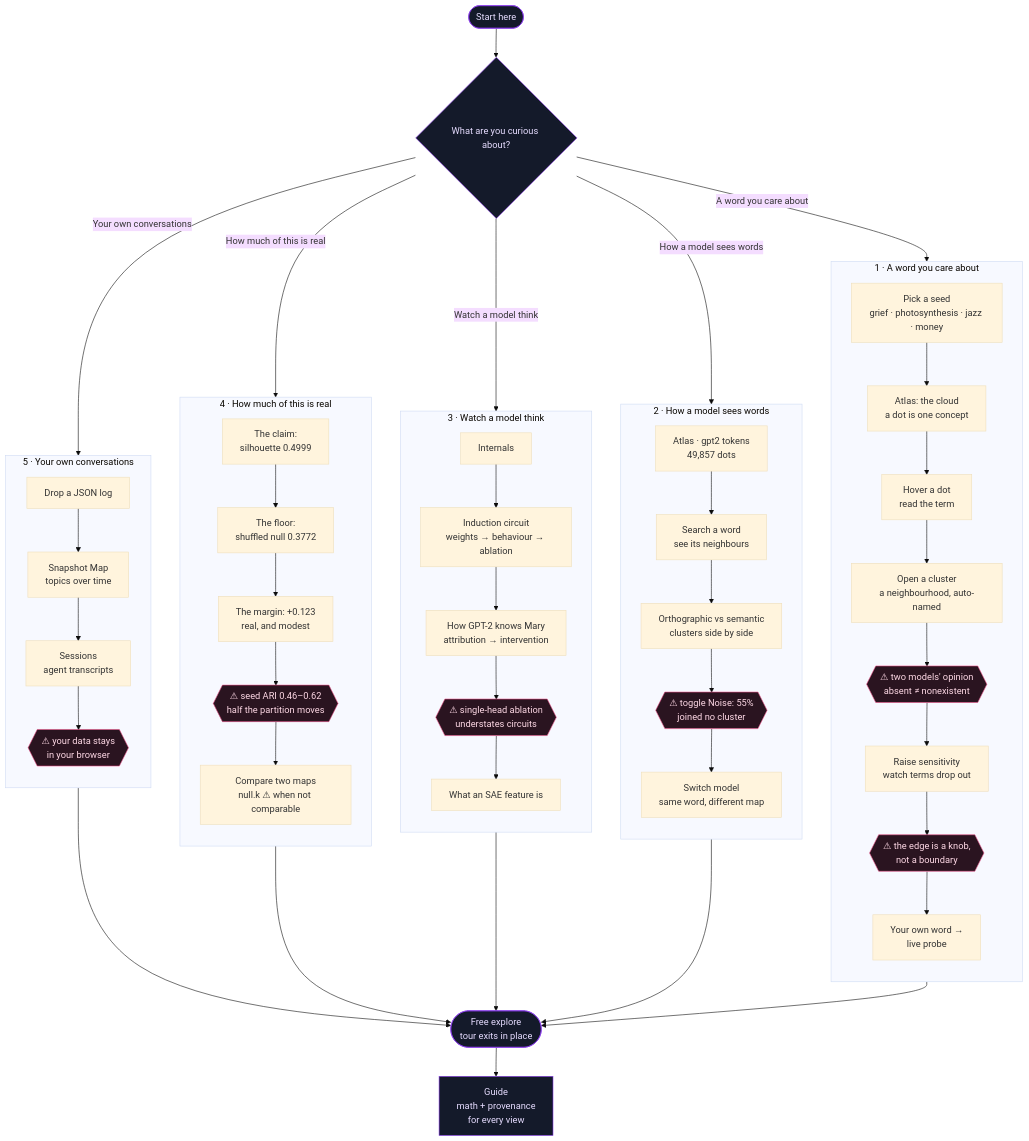
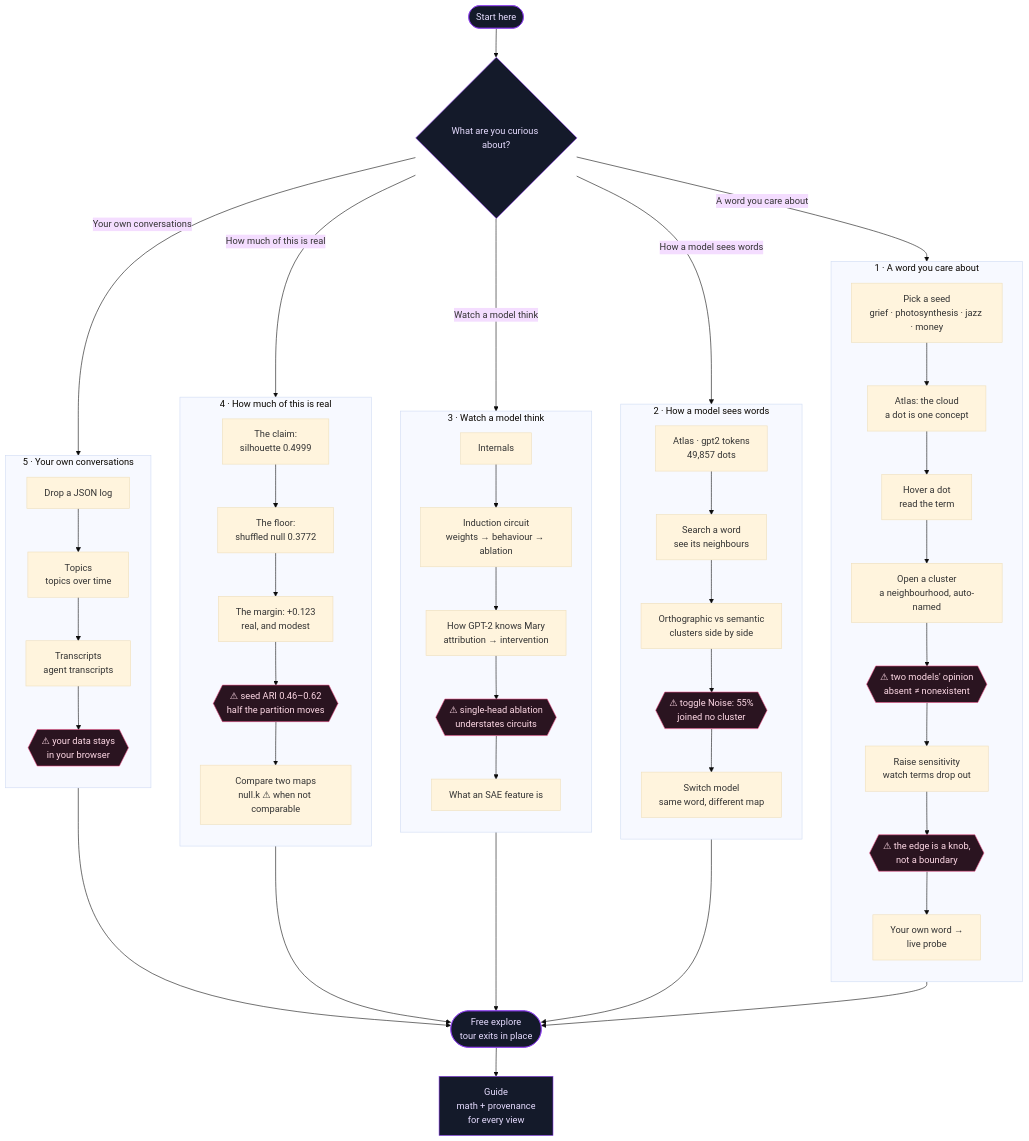
The diagram in docs/ONBOARDING.md (charbelmalo/nebulai), drawn with Mermaid (base theme) before and after one commit. The commit also changed 186 other files, not shown here.

````diff
--- a/docs/ONBOARDING.md
+++ b/docs/ONBOARDING.md
@@ -44,65 +44,65 @@
 ```mermaid
 flowchart TD
     START(["Start here"]) --> FORK{"What are you curious about?"}
 
     FORK -->|"A word you care about"| D1
     FORK -->|"How a model sees words"| D2
     FORK -->|"Watch a model think"| D3
     FORK -->|"How much of this is real"| D4
     FORK -->|"Your own conversations"| D5
 
     subgraph D1 ["1 · A word you care about"]
         direction TB
         D1a["Pick a seed<br/>grief · photosynthesis · jazz · money"] --> D1b["Atlas: the cloud<br/>a dot is one concept"]
         D1b --> D1c["Hover a dot<br/>read the term"]
         D1c --> D1d["Open a cluster<br/>a neighbourhood, auto-named"]
         D1d --> H1{{"⚠ two models' opinion<br/>absent ≠ nonexistent"}}
         H1 --> D1e["Raise sensitivity<br/>watch terms drop out"]
         D1e --> H2{{"⚠ the edge is a knob,<br/>not a boundary"}}
         H2 --> D1f["Your own word →<br/>live probe"]
     end
 
     subgraph D2 ["2 · How a model sees words"]
         direction TB
         D2a["Atlas · gpt2 tokens<br/>49,857 dots"] --> D2b["Search a word<br/>see its neighbours"]
         D2b --> D2c["Orthographic vs semantic<br/>clusters side by side"]
         D2c --> H3{{"⚠ toggle Noise: 55%<br/>joined no cluster"}}
         H3 --> D2d["Switch model<br/>same word, different map"]
     end
 
     subgraph D3 ["3 · Watch a model think"]
         direction TB
         D3a["Internals"] --> D3b["Induction circuit<br/>weights → behaviour → ablation"]
         D3b --> D3c["How GPT-2 knows Mary<br/>attribution → intervention"]
         D3c --> H4{{"⚠ single-head ablation<br/>understates circuits"}}
         H4 --> D3d["What an SAE feature is"]
     end
 
     subgraph D4 ["4 · How much of this is real"]
         direction TB
         D4a["The claim:<br/>silhouette 0.4999"] --> D4b["The floor:<br/>shuffled null 0.3772"]
         D4b --> D4c["The margin: +0.123<br/>real, and modest"]
         D4c --> H5{{"⚠ seed ARI 0.46–0.62<br/>half the partition moves"}}
         H5 --> D4d["Compare two maps<br/>null.k ⚠ when not comparable"]
     end
 
     subgraph D5 ["5 · Your own conversations"]
         direction TB
-        D5a["Drop a JSON log"] --> D5b["Snapshot Map<br/>topics over time"]
-        D5b --> D5c["Sessions<br/>agent transcripts"]
+        D5a["Drop a JSON log"] --> D5b["Topics<br/>topics over time"]
+        D5b --> D5c["Transcripts<br/>agent transcripts"]
         D5c --> H6{{"⚠ your data stays<br/>in your browser"}}
     end
 
     D1f --> ANY(["Free explore<br/>tour exits in place"])
     D2d --> ANY
     D3d --> ANY
     D4d --> ANY
     H6 --> ANY
 
     ANY --> GUIDE["Guide<br/>math + provenance<br/>for every view"]
 
     classDef honest fill:#2a1420,stroke:#ea4f86,color:#ffd9e6
     classDef door fill:#141a2a,stroke:#8b3bf0,color:#e6dcff
     class H1,H2,H3,H4,H5,H6 honest
     class START,FORK,ANY,GUIDE door
 ```
````
